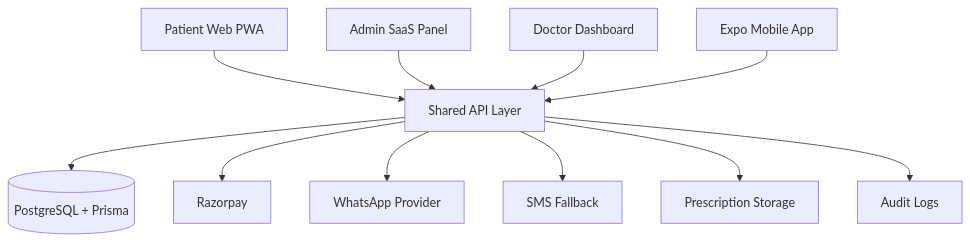
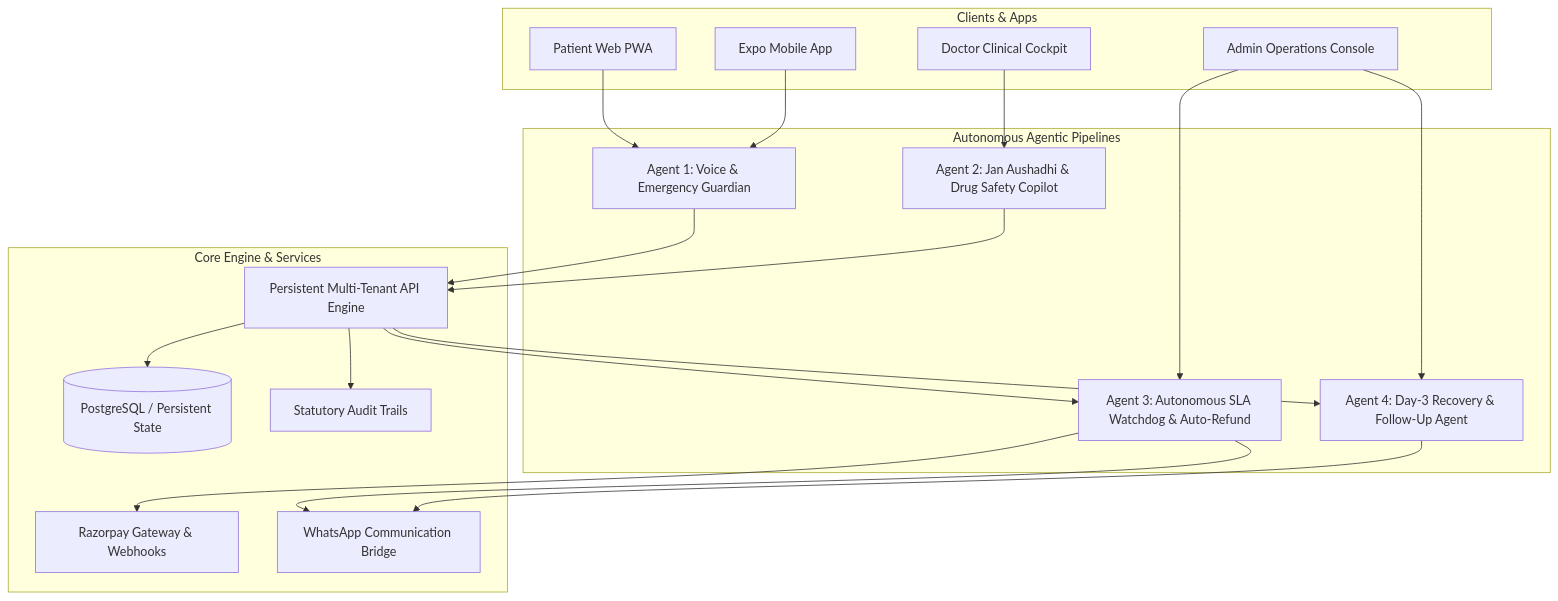
The diagram in docs/ARCHITECTURE.md (innerderiveinc-web/neighbourdoc), drawn with Mermaid before and after one commit. The commit also changed other lines of this file and 10 other files, not shown here.

````diff
--- a/docs/ARCHITECTURE.md
+++ b/docs/ARCHITECTURE.md
@@ -5,13 +5,39 @@
 ```mermaid
 flowchart TD
-  P[Patient Web PWA] --> API[Shared API Layer]
-  A[Admin SaaS Panel] --> API
-  D[Doctor Dashboard] --> API
-  M[Expo Mobile App] --> API
-  API --> DB[(PostgreSQL + Prisma)]
-  API --> PAY[Razorpay]
-  API --> WA[WhatsApp Provider]
-  API --> SMS[SMS Fallback]
-  API --> S3[Prescription Storage]
-  API --> AUDIT[Audit Logs]
+  subgraph Clients["Clients & Apps"]
+    P[Patient Web PWA]
+    D[Doctor Clinical Cockpit]
+    A[Admin Operations Console]
+    M[Expo Mobile App]
+  end
+
+  subgraph Agents["Autonomous Agentic Pipelines"]
+    AG1[Agent 1: Voice & Emergency Guardian]
+    AG2[Agent 2: Jan Aushadhi & Drug Safety Copilot]
+    AG3[Agent 3: Autonomous SLA Watchdog & Auto-Refund]
+    AG4[Agent 4: Day-3 Recovery & Follow-Up Agent]
+  end
+
+  subgraph Core["Core Engine & Services"]
+    API[Persistent Multi-Tenant API Engine]
+    DB[(PostgreSQL / Persistent State)]
+    PAY[Razorpay Gateway & Webhooks]
+    WA[WhatsApp Communication Bridge]
+    AUDIT[Statutory Audit Trails]
+  end
+
+  P --> AG1
+  M --> AG1
+  AG1 --> API
+  D --> AG2
+  AG2 --> API
+  API --> AG3
+  API --> AG4
+  AG3 --> PAY
+  AG3 --> WA
+  AG4 --> WA
+  API --> DB
+  API --> AUDIT
+  A --> AG3
+  A --> AG4
 ```
````
